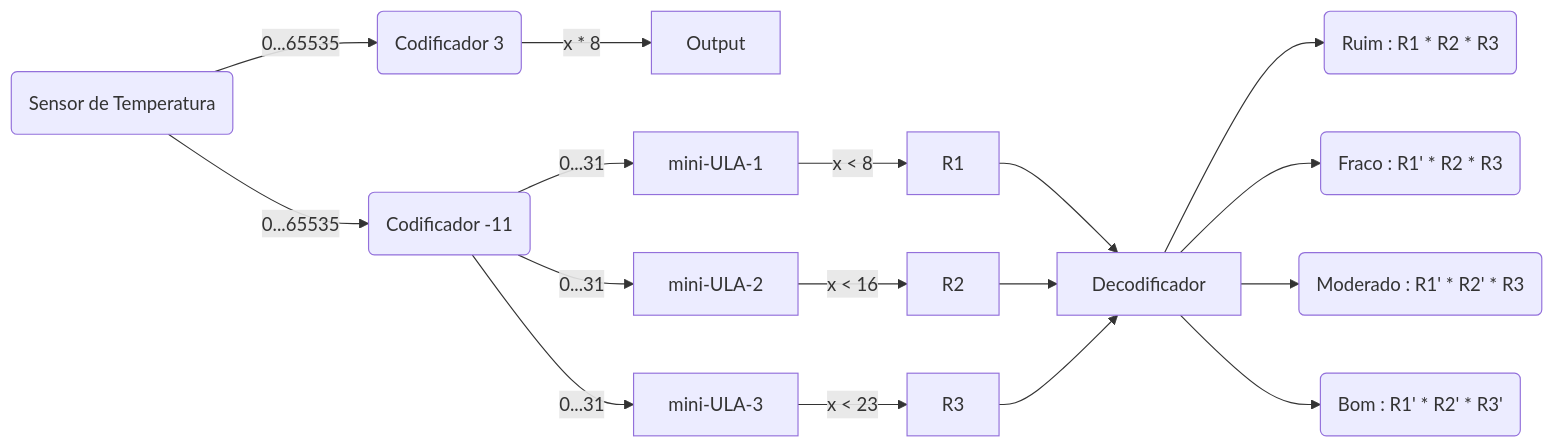
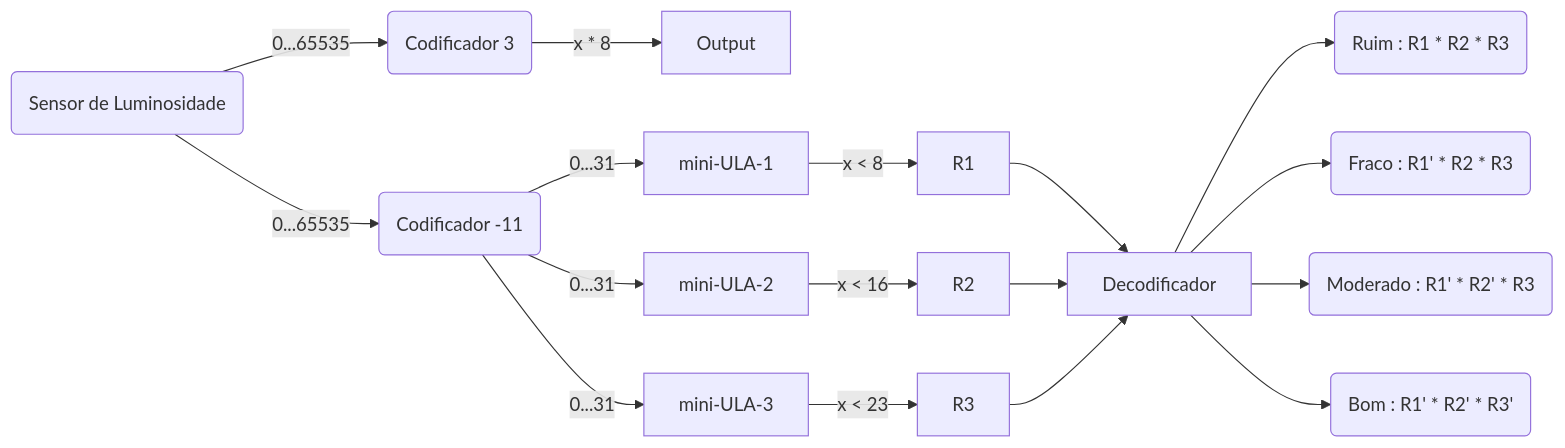
The first of 3 diagrams in README.md (Enzo0100/Solar-Quality), drawn with Mermaid before and after one commit. The commit also changed other lines of this file, not shown here.

````diff
--- a/README.md
+++ b/README.md
@@ -88,19 +88,19 @@
 ```mermaid
 graph LR; 
-    sensor(Sensor de Temperatura)-->|0...65535|cod2(Codificador -11);
-    sensor(Sensor de Temperatura)-->|0...65535|cod(Codificador 3)
+    sensor(Sensor de Luminosidade)-->|0...65535|cod2(Codificador -11);
+    sensor(Sensor de Luminosidade)-->|0...65535|cod(Codificador 3)
     cod(Codificador 3)-->|x * 8|Output
     cod2(Codificador -11)-->|0...31|mini-ULA-1
     cod2(Codificador -11)-->|0...31|mini-ULA-2
     cod2(Codificador -11)-->|0...31|mini-ULA-3
     mini-ULA-1-->|x < 8|R1
     mini-ULA-2-->|x < 16|R2
     mini-ULA-3-->|x < 23|R3
     R1-->Decodificador
     R2-->Decodificador
     R3-->Decodificador
     Decodificador-->Ruim(Ruim : R1 * R2 * R3)
     Decodificador-->Fraco(Fraco : R1' * R2 * R3)
     Decodificador-->Moderado(Moderado : R1' * R2' * R3)
     Decodificador-->Bom(Bom : R1' * R2' * R3')
 ```
````
